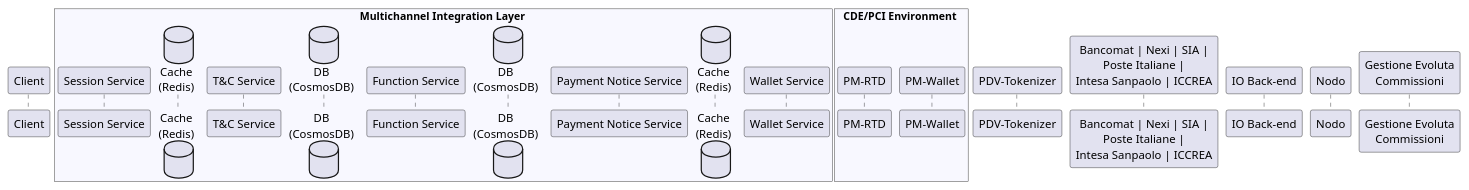
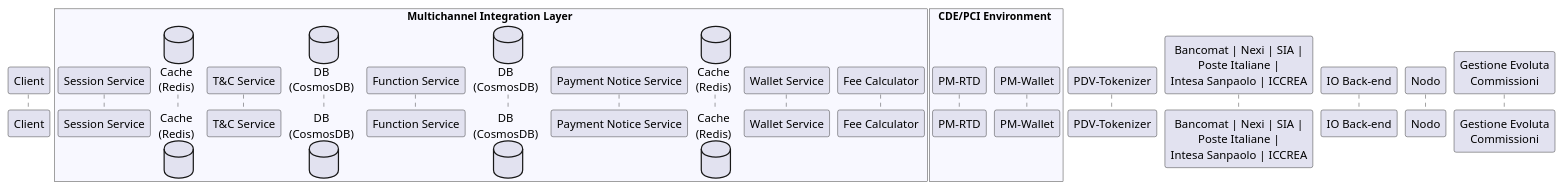
The diagram in sequence_diags/common/actors.puml (pagopa/mil-diags), drawn with PlantUML before and after one commit. The commit also changed 1 other file, not shown here.

Commit message:
Fee Calculator service added.

```diff
--- a/sequence_diags/common/actors.puml
+++ b/sequence_diags/common/actors.puml
@@ -1,28 +1,30 @@
 participant "Client" as Client
 
 box Multichannel Integration Layer #GhostWhite
 	participant "Session Service" as SessionSrv
 	database "Cache\n(Redis)" as SessionCache
 	
 	participant "T&C Service" as TCSrv
 	database "DB\n(CosmosDB)" as TCDB
 	
 	participant "Function Service" as FunctionSrv
 	database "DB\n(CosmosDB)" as FunctionDB
 	
 	participant "Payment Notice Service" as NoticeSrv
 	database "Cache\n(Redis)" as NoticeCache
 	
 	participant "Wallet Service" as WalletWrp
+
+	participant "Fee Calculator" as FeeSrv
 end box
 
 box CDE/PCI Environment #GhostWhite
 	participant "PM-RTD" as PANTokenizer
 	participant "PM-Wallet" as Wallet
 end box
 
 participant "PDV-Tokenizer" as Tokenizer
 participant "Bancomat | Nexi | SIA |\nPoste Italiane |\nIntesa Sanpaolo | ICCREA" as ServiceCenter
 participant "IO Back-end" as IO
 participant "Nodo" as Nodo
 participant "Gestione Evoluta\nCommissioni" as GEC
```
